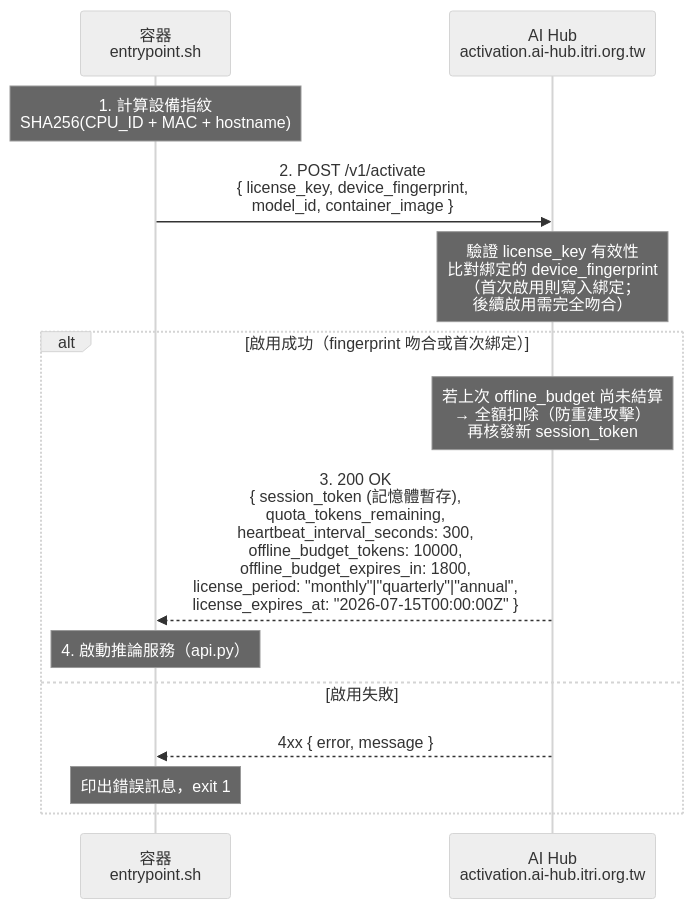
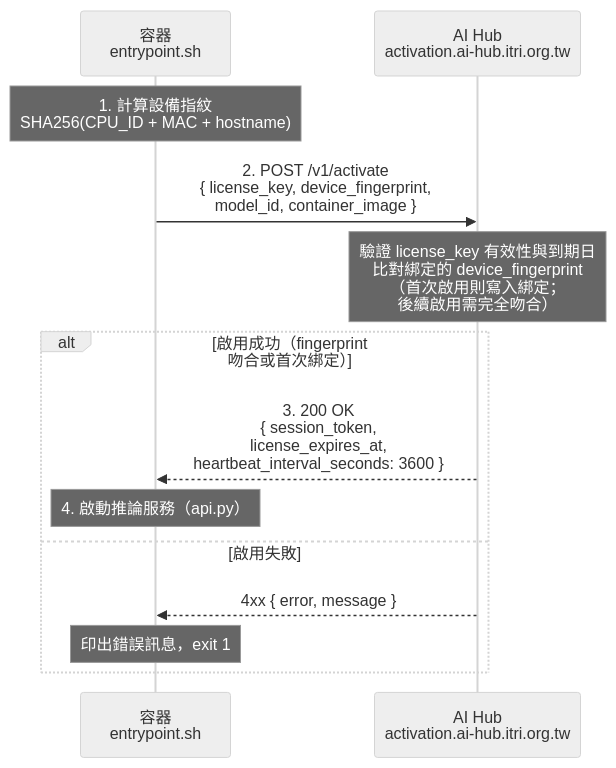
One commit to t200i/footfit changed the first of 4 diagrams in docs/aihub-activation-handshake.md. Above: the diagram before and after it, drawn with Mermaid (neutral theme). The commit also changed other lines of this file and 2 other files, not shown here.

````diff
--- a/docs/aihub-activation-handshake.md
+++ b/docs/aihub-activation-handshake.md
@@ -96,20 +102,19 @@
 ```mermaid
 sequenceDiagram
     participant E as 容器<br/>entrypoint.sh
     participant H as AI Hub<br/>activation.ai-hub.itri.org.tw
 
     Note over E: 1. 計算設備指紋<br/>SHA256(CPU_ID + MAC + hostname)
 
     E->>H: 2. POST /v1/activate<br/>{ license_key, device_fingerprint,<br/>  model_id, container_image }
 
-    Note over H: 驗證 license_key 有效性<br/>比對綁定的 device_fingerprint<br/>（首次啟用則寫入綁定；<br/> 後續啟用需完全吻合）
+    Note over H: 驗證 license_key 有效性與到期日<br/>比對綁定的 device_fingerprint<br/>（首次啟用則寫入綁定；<br/> 後續啟用需完全吻合）
 
     alt 啟用成功（fingerprint 吻合或首次綁定）
-        Note over H: 若上次 offline_budget 尚未結算<br/>→ 全額扣除（防重建攻擊）<br/>再核發新 session_token
-        H-->>E: 3. 200 OK<br/>{ session_token (記憶體暫存),<br/>  quota_tokens_remaining,<br/>  heartbeat_interval_seconds: 300,<br/>  offline_budget_tokens: 10000,<br/>  offline_budget_expires_in: 1800,<br/>  license_period: "monthly"|"quarterly"|"annual",<br/>  license_expires_at: "2026-07-15T00:00:00Z" }
+        H-->>E: 3. 200 OK<br/>{ session_token,<br/>  license_expires_at,<br/>  heartbeat_interval_seconds: 3600 }
         Note over E: 4. 啟動推論服務（api.py）
     else 啟用失敗
         H-->>E: 4xx { error, message }
         Note over E: 印出錯誤訊息，exit 1
     end
 ```
````
